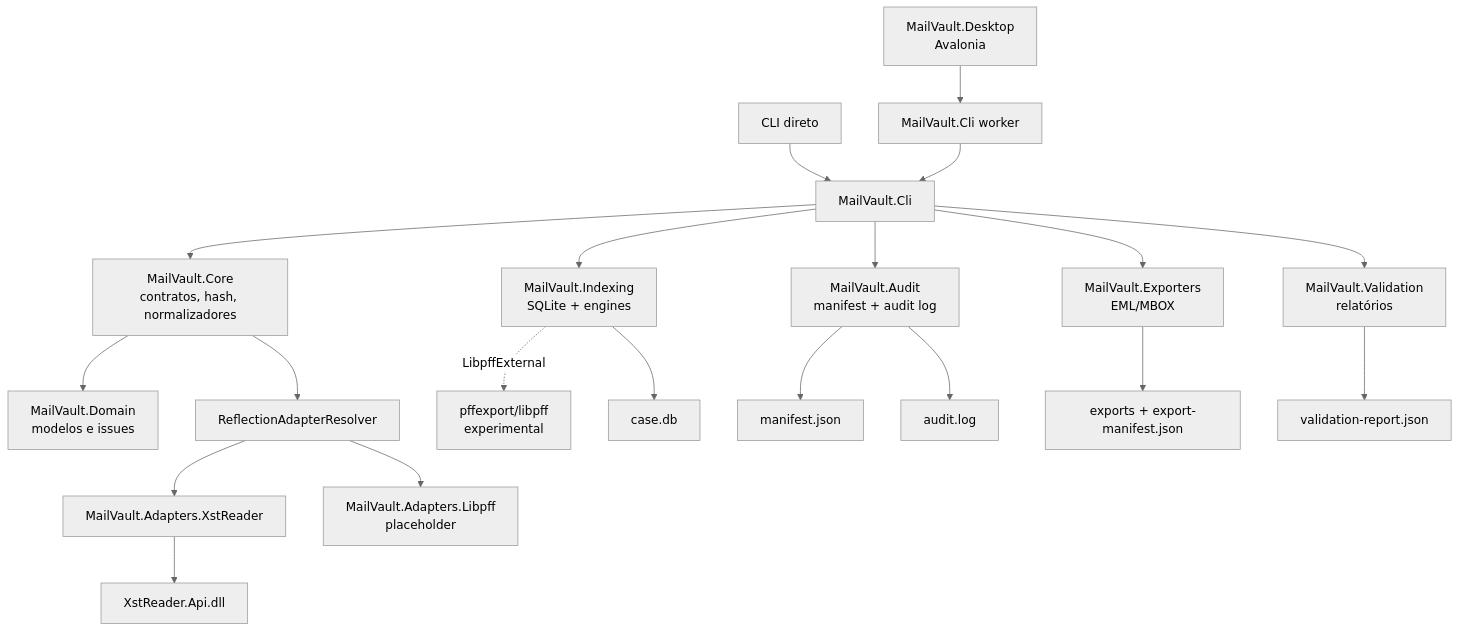
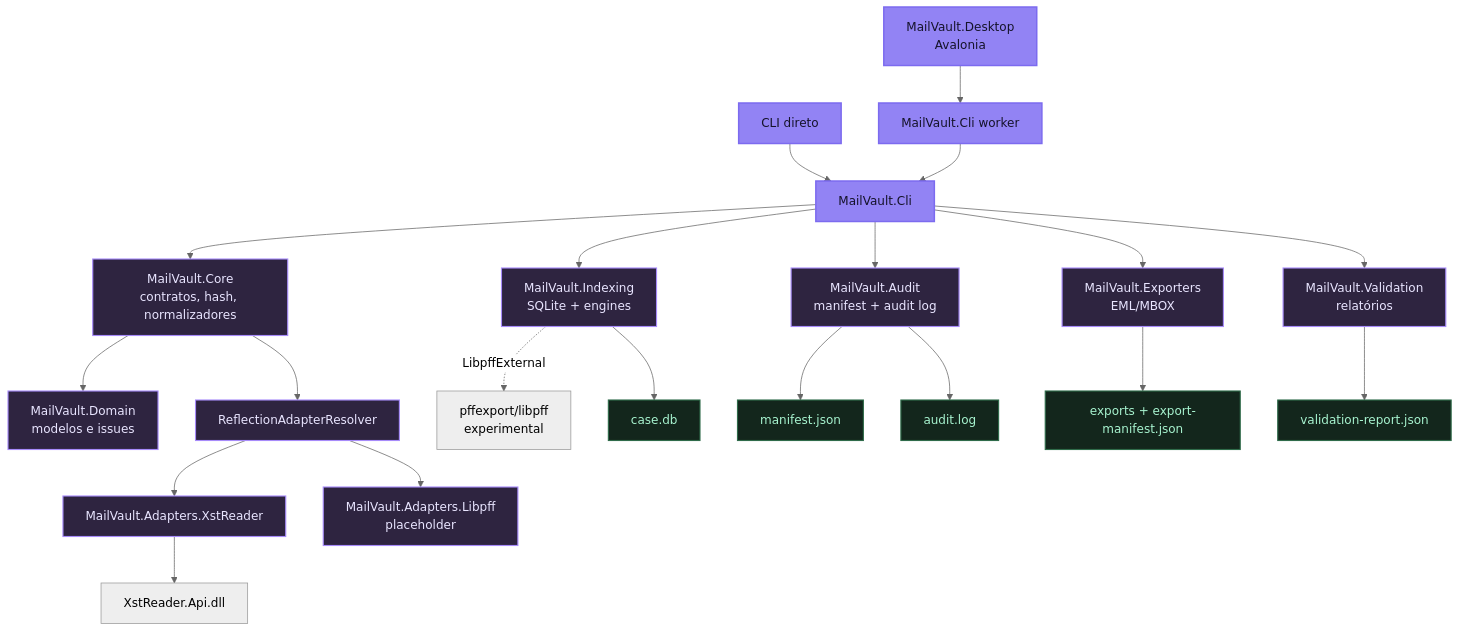
Before and after one commit to borges-br/mailvault_recovery: the first of 2 diagrams in docs/ARCHITECTURE.md, drawn with Mermaid (neutral theme). The commit also changed 44 other files, not shown here.

````diff
--- a/docs/ARCHITECTURE.md
+++ b/docs/ARCHITECTURE.md
@@ -15,25 +15,33 @@
 ```mermaid
 flowchart TB
-    UI["MailVault.Desktop\nAvalonia"] --> Worker["MailVault.Cli worker"]
+    UI["MailVault.Desktop<br/>Avalonia"] --> Worker["MailVault.Cli worker"]
     Operator["CLI direto"] --> CLI["MailVault.Cli"]
     Worker --> CLI
 
-    CLI --> Core["MailVault.Core\ncontratos, hash, normalizadores"]
-    Core --> Domain["MailVault.Domain\nmodelos e issues"]
-    CLI --> Audit["MailVault.Audit\nmanifest + audit log"]
-    CLI --> Indexing["MailVault.Indexing\nSQLite + engines"]
-    CLI --> Exporters["MailVault.Exporters\nEML/MBOX"]
-    CLI --> Validation["MailVault.Validation\nrelatórios"]
+    CLI --> Core["MailVault.Core<br/>contratos, hash, normalizadores"]
+    Core --> Domain["MailVault.Domain<br/>modelos e issues"]
+    CLI --> Audit["MailVault.Audit<br/>manifest + audit log"]
+    CLI --> Indexing["MailVault.Indexing<br/>SQLite + engines"]
+    CLI --> Exporters["MailVault.Exporters<br/>EML/MBOX"]
+    CLI --> Validation["MailVault.Validation<br/>relatórios"]
 
     Core --> Resolver["ReflectionAdapterResolver"]
     Resolver --> Xst["MailVault.Adapters.XstReader"]
-    Resolver --> LibpffAdapter["MailVault.Adapters.Libpff\nplaceholder"]
+    Resolver --> LibpffAdapter["MailVault.Adapters.Libpff<br/>placeholder"]
     Xst --> XstApi["XstReader.Api.dll"]
-    Indexing -. "LibpffExternal" .-> Pff["pffexport/libpff\nexperimental"]
+    Indexing -. "LibpffExternal" .-> Pff["pffexport/libpff<br/>experimental"]
 
     Indexing --> CaseDb["case.db"]
     Audit --> Manifest["manifest.json"]
     Audit --> AuditLog["audit.log"]
     Exporters --> Exports["exports + export-manifest.json"]
     Validation --> Report["validation-report.json"]
+
+    classDef iface fill:#9283F4,stroke:#7C6BEF,color:#15132A,stroke-width:2px;
+    classDef core fill:#2A2350,stroke:#7C6BEF,color:#E9E5FF,stroke-width:1.5px;
+    classDef store fill:#13261C,stroke:#2F6B4A,color:#A7F3CF,stroke-width:1.5px;
+    classDef exp fill:#2E2440,stroke:#A78BFA,color:#E9E5FF,stroke-width:1.5px;
+    class UI,Operator,CLI,Worker iface;
+    class Core,Domain,Audit,Indexing,Exporters,Validation,Resolver,Xst,LibpffAdapter exp;
+    class CaseDb,Manifest,AuditLog,Exports,Report store;
 ```
````
